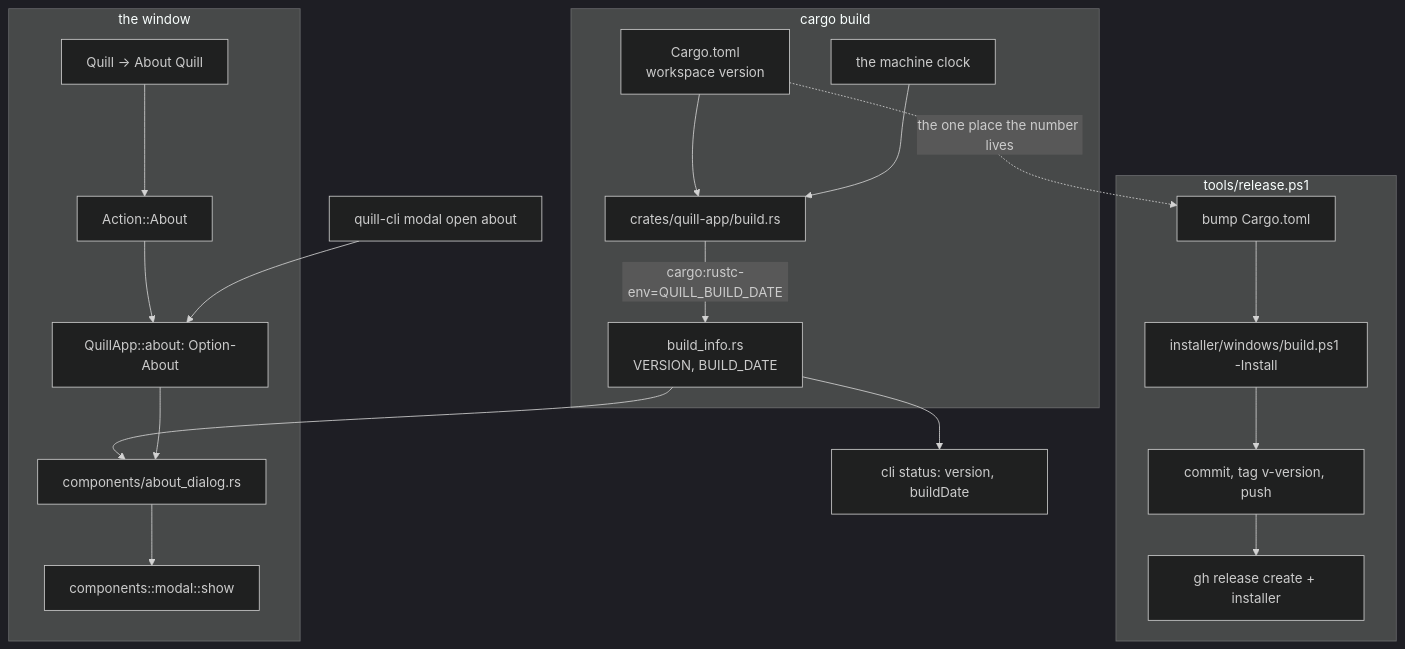
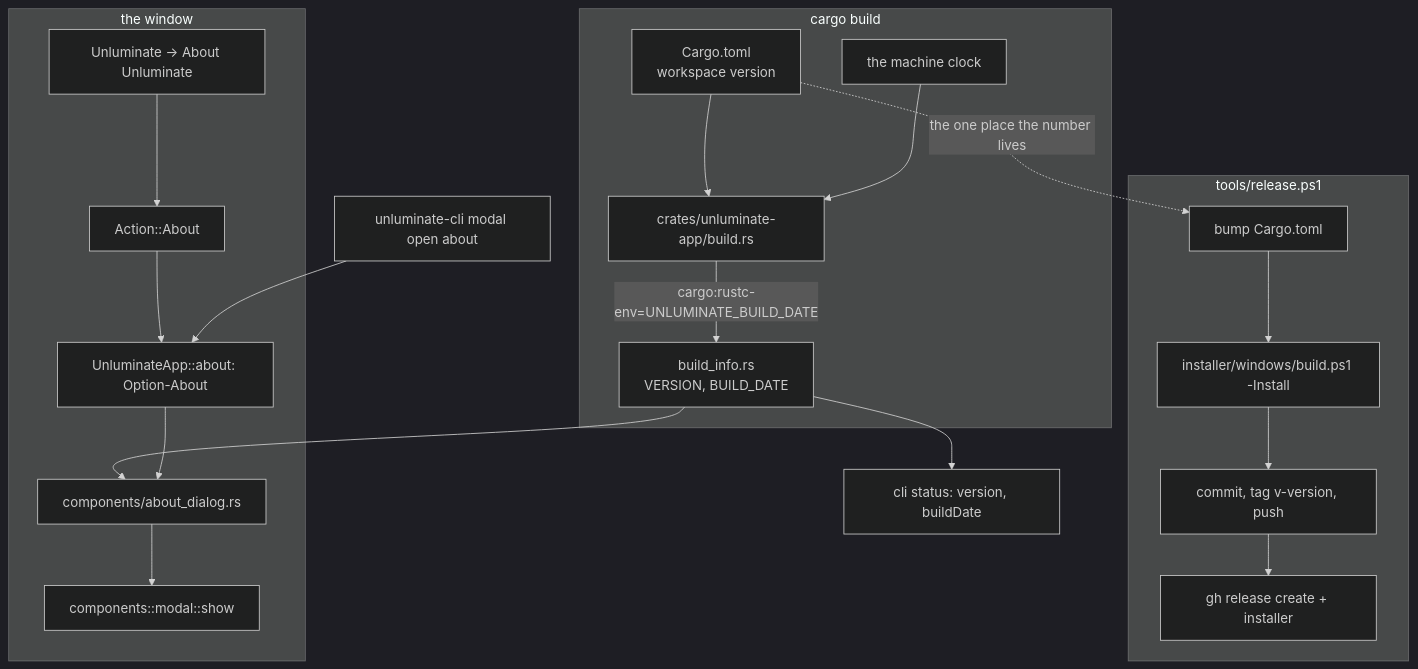
The first of 2 diagrams in tasks/task-1667-version-and-release-tdd.md (Black-Rainbow-Labs/Unluminous), drawn with Mermaid (dark theme) before and after one commit. The commit also changed other lines of this file and 1291 other files, not shown here.

First line of the commit message:
task-1800: rename Quill to Unluminate

````diff
--- a/tasks/task-1667-version-and-release-tdd.md
+++ b/tasks/task-1667-version-and-release-tdd.md
@@ -72,27 +72,27 @@
 ```mermaid
 flowchart TD
     subgraph Build["cargo build"]
-        CT[Cargo.toml<br/>workspace version] --> BRS[crates/quill-app/build.rs]
+        CT[Cargo.toml<br/>workspace version] --> BRS[crates/unluminate-app/build.rs]
         CLOCK[the machine clock] --> BRS
-        BRS -->|cargo:rustc-env=QUILL_BUILD_DATE| BI[build_info.rs<br/>VERSION, BUILD_DATE]
+        BRS -->|cargo:rustc-env=UNLUMINATE_BUILD_DATE| BI[build_info.rs<br/>VERSION, BUILD_DATE]
     end
 
     BI --> ABOUT[components/about_dialog.rs]
     BI --> STATUS[cli status: version, buildDate]
 
     subgraph Window["the window"]
-        MENU[Quill -> About Quill] --> ACT[Action::About]
-        ACT --> STATE[QuillApp::about: Option-About]
+        MENU[Unluminate -> About Unluminate] --> ACT[Action::About]
+        ACT --> STATE[UnluminateApp::about: Option-About]
         STATE --> ABOUT
         ABOUT --> MODAL[components::modal::show]
     end
 
-    CLI[quill-cli modal open about] --> STATE
+    CLI[unluminate-cli modal open about] --> STATE
 
     subgraph Release["tools/release.ps1"]
         R1[bump Cargo.toml] --> R2[installer/windows/build.ps1 -Install]
         R2 --> R3[commit, tag v-version, push]
         R3 --> R4[gh release create + installer]
     end
     CT -.the one place the number lives.-> R1
 ```
````
